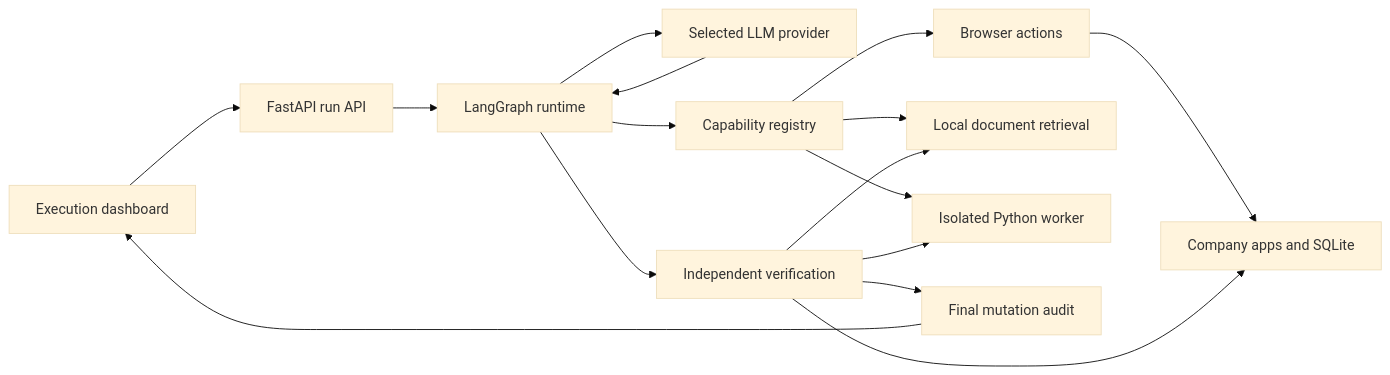
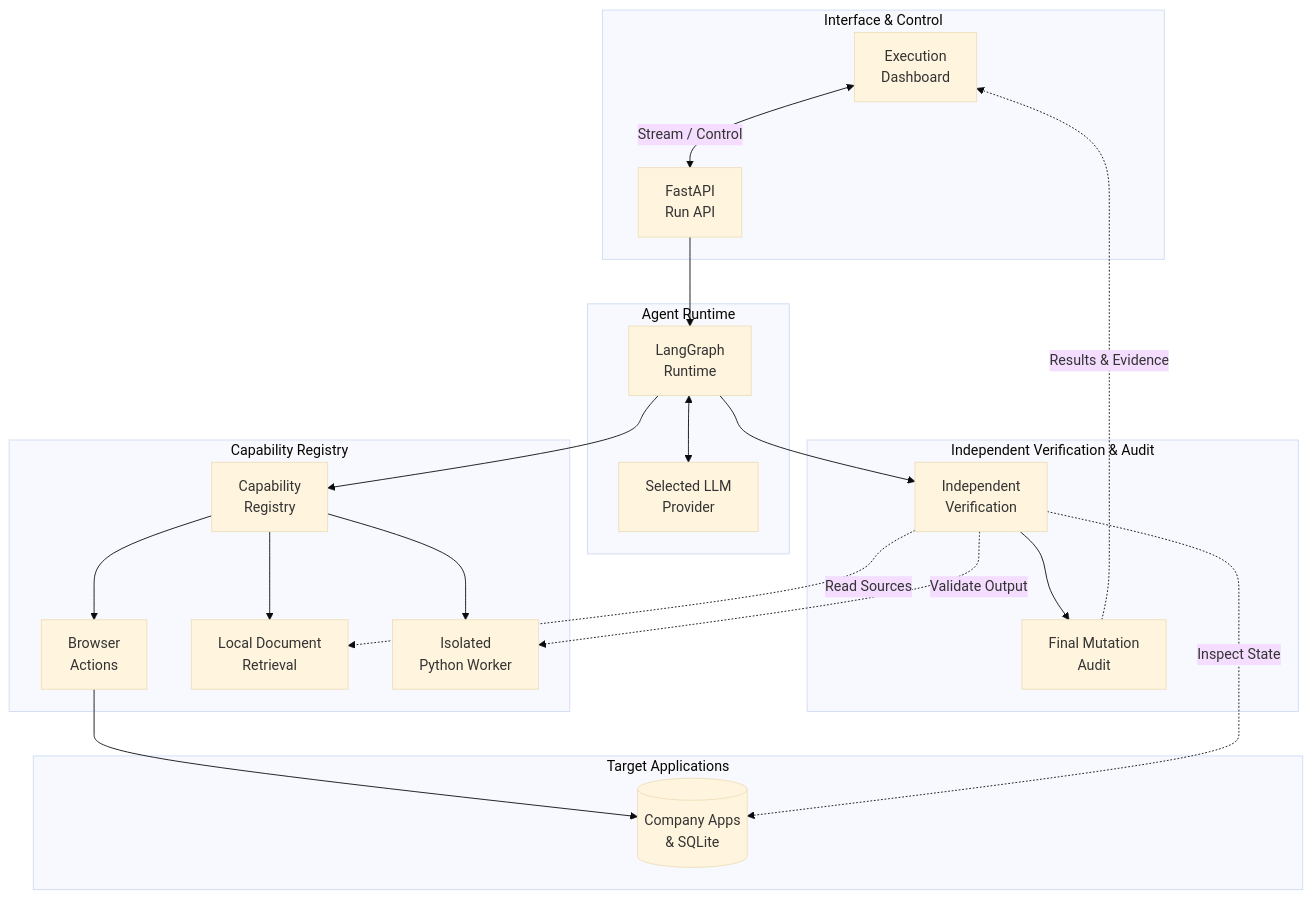
Before and after one commit to Kr-Adarsh/taskFlow: the diagram in docs/architecture.md, drawn with Mermaid (base theme). The commit also changed 3 other files, not shown here.

````diff
--- a/docs/architecture.md
+++ b/docs/architecture.md
@@ -5,18 +5,45 @@
 ```mermaid
-flowchart LR
-    UI[Execution dashboard] --> API[FastAPI run API]
-    API --> Graph[LangGraph runtime]
-    Graph --> Model[Selected LLM provider]
-    Model --> Graph
-    Graph --> Tools[Capability registry]
-    Tools --> Browser[Browser actions]
-    Tools --> Docs[Local document retrieval]
-    Tools --> Python[Isolated Python worker]
-    Browser --> Apps[Company apps and SQLite]
-    Graph --> Verify[Independent verification]
-    Verify --> Apps
-    Verify --> Docs
-    Verify --> Python
-    Verify --> Audit[Final mutation audit]
-    Audit --> UI
+flowchart TD
+    subgraph UI_Layer ["Interface & Control"]
+        UI["Execution<br/>Dashboard"]
+        API["FastAPI<br/>Run API"]
+        UI <-->|Stream / Control| API
+    end
+
+    subgraph Core ["Agent Runtime"]
+        Graph["LangGraph<br/>Runtime"]
+        Model["Selected LLM<br/>Provider"]
+        API --> Graph
+        Graph <--> Model
+    end
+
+    subgraph Tools_Layer ["Capability Registry"]
+        Tools["Capability<br/>Registry"]
+        Browser["Browser<br/>Actions"]
+        Docs["Local Document<br/>Retrieval"]
+        Python["Isolated<br/>Python Worker"]
+
+        Graph --> Tools
+        Tools --> Browser
+        Tools --> Docs
+        Tools --> Python
+    end
+
+    subgraph Workspace ["Target Applications"]
+        Apps[("Company Apps<br/>& SQLite")]
+        Browser --> Apps
+    end
+
+    subgraph Assurance ["Independent Verification & Audit"]
+        Verify["Independent<br/>Verification"]
+        Audit["Final Mutation<br/>Audit"]
+
+        Graph --> Verify
+        Verify -.->|Inspect State| Apps
+        Verify -.->|Read Sources| Docs
+        Verify -.->|Validate Output| Python
+        Verify --> Audit
+    end
+
+    Audit -.->|Results & Evidence| UI
 ```
````
